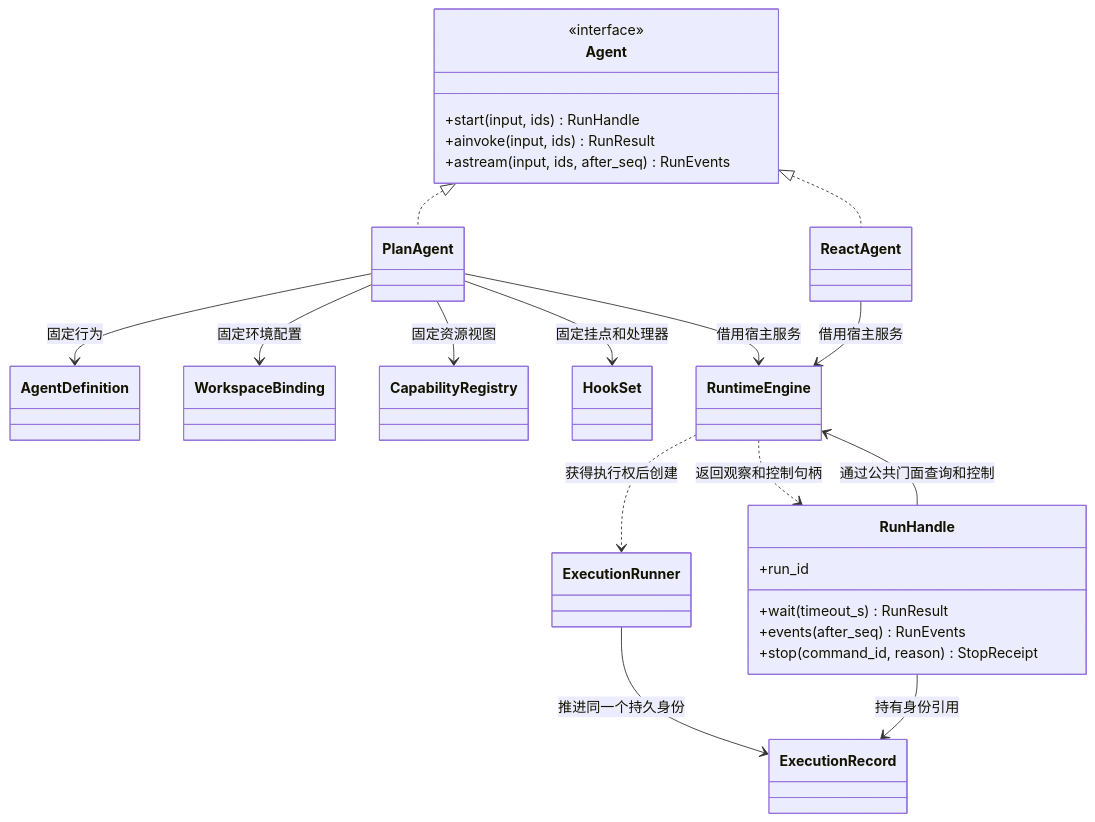
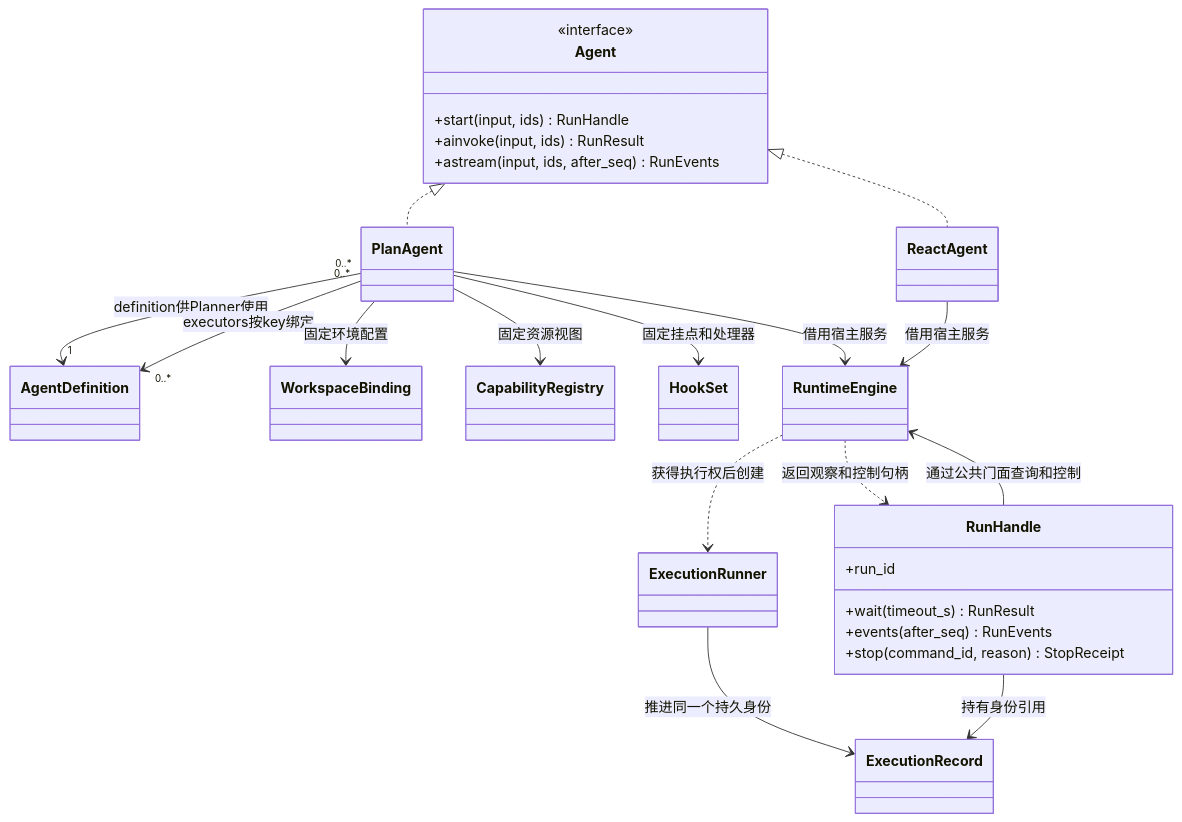
One commit to dujian0068/agent-loom changed the first of 2 diagrams in docs/sdk/assembly.md. Above: the diagram before and after it, drawn with Mermaid. The commit also changed other lines of this file and 17 other files, not shown here.

````diff
--- a/docs/sdk/assembly.md
+++ b/docs/sdk/assembly.md
@@ -19,37 +19,38 @@
 ```mermaid
 classDiagram
     class AgentDefinition
     class WorkspaceBinding
     class CapabilityRegistry
     class HookSet
     class Agent {
       <<interface>>
       +start(input, ids) RunHandle
       +ainvoke(input, ids) RunResult
       +astream(input, ids, after_seq) RunEvents
     }
     class ReactAgent
     class PlanAgent
     class RuntimeEngine
     class RunHandle {
       +run_id
       +wait(timeout_s) RunResult
       +events(after_seq) RunEvents
       +stop(command_id, reason) StopReceipt
     }
     class ExecutionRunner
     class ExecutionRecord
     Agent <|.. ReactAgent
     Agent <|.. PlanAgent
-    PlanAgent --> AgentDefinition : 固定行为
+    PlanAgent "0..*" --> "1" AgentDefinition : definition供Planner使用
+    PlanAgent "0..*" --> "0..*" AgentDefinition : executors按key绑定
     PlanAgent --> WorkspaceBinding : 固定环境配置
     PlanAgent --> CapabilityRegistry : 固定资源视图
     PlanAgent --> HookSet : 固定挂点和处理器
     PlanAgent --> RuntimeEngine : 借用宿主服务
     ReactAgent --> RuntimeEngine : 借用宿主服务
     RuntimeEngine ..> ExecutionRunner : 获得执行权后创建
     RuntimeEngine ..> RunHandle : 返回观察和控制句柄
     ExecutionRunner --> ExecutionRecord : 推进同一个持久身份
     RunHandle --> RuntimeEngine : 通过公共门面查询和控制
     RunHandle --> ExecutionRecord : 持有身份引用
 ```
````
